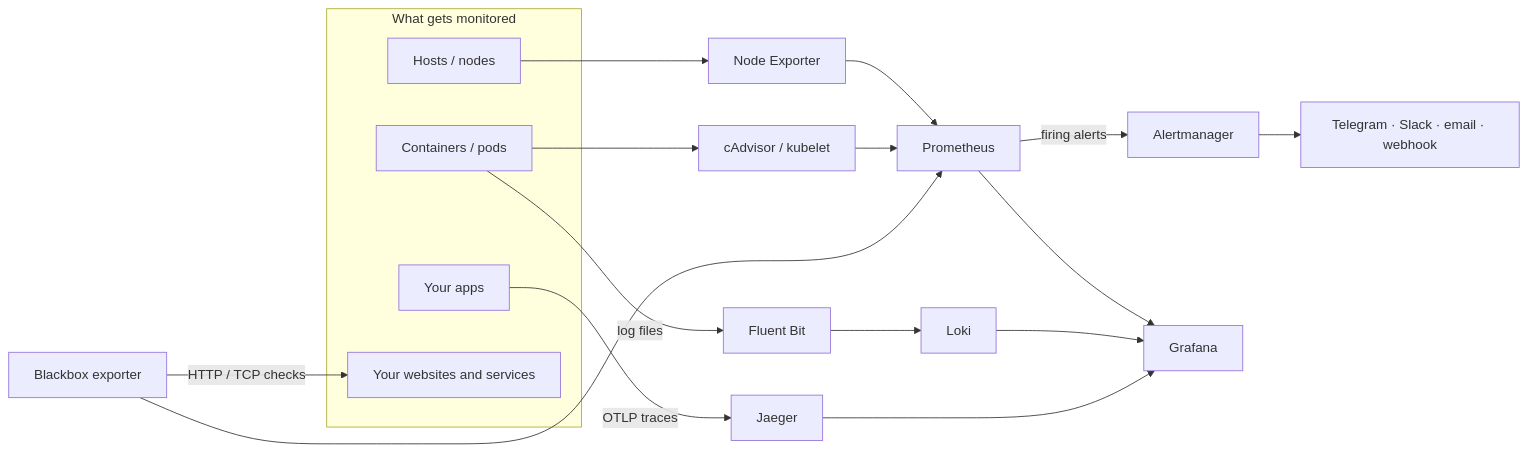
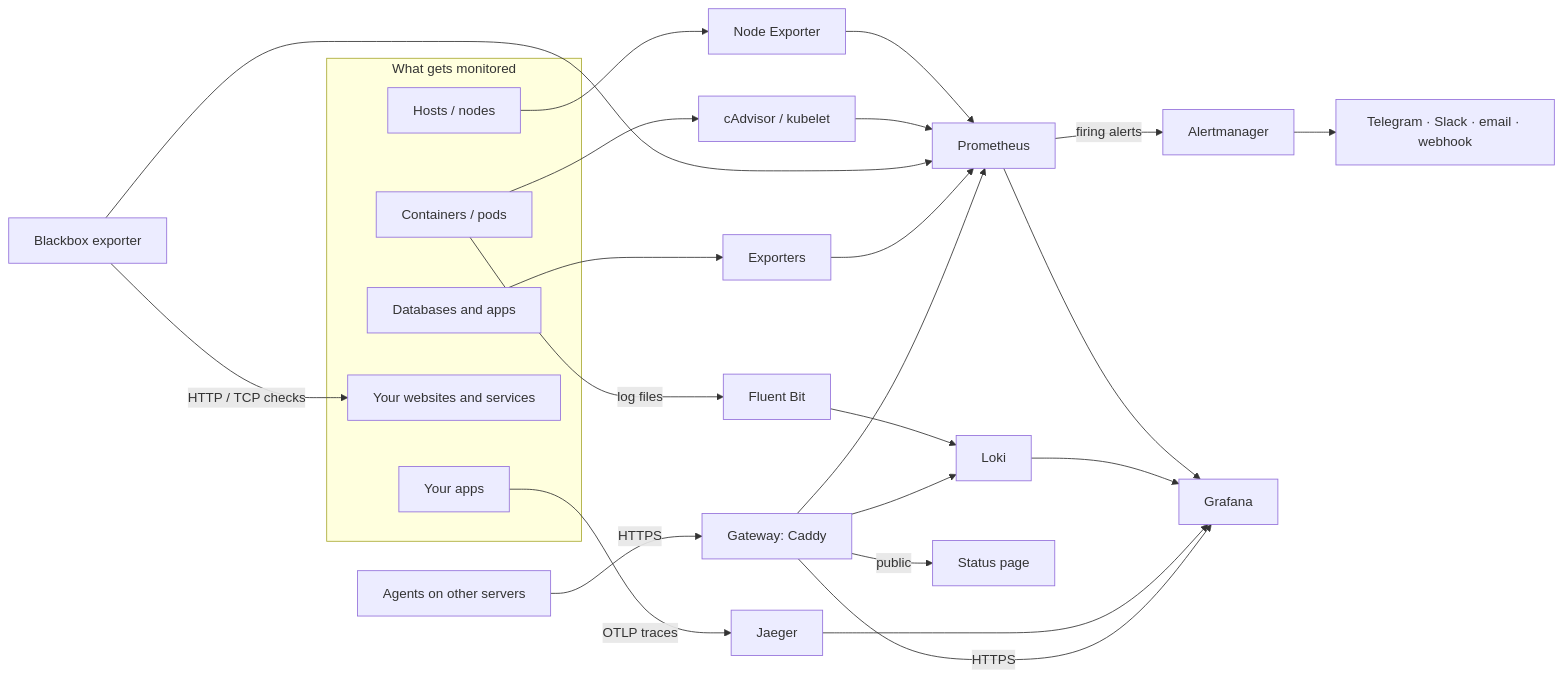
One commit to OcheOps/Infra-Monitor changed the diagram in README.md. Above: the diagram before and after it, drawn with Mermaid. The commit also changed other lines of this file and 18 other files, not shown here.

````diff
--- a/README.md
+++ b/README.md
@@ -74,22 +106,29 @@
 ```mermaid
 flowchart LR
   subgraph sources[What gets monitored]
     host[Hosts / nodes]
     ctr[Containers / pods]
     app[Your apps]
     urls[Your websites and services]
+    db[Databases and apps]
   end
 
   host --> ne[Node Exporter]
   ctr --> cad[cAdvisor / kubelet]
   ctr -- log files --> fb[Fluent Bit]
   app -- OTLP traces --> jaeger[Jaeger]
   bb[Blackbox exporter] -- HTTP / TCP checks --> urls
+  db --> exp[Exporters]
 
-  ne & cad & bb --> prom[Prometheus]
+  ne & cad & bb & exp --> prom[Prometheus]
   fb --> loki[Loki]
   prom -- firing alerts --> am[Alertmanager]
   am --> ch[Telegram · Slack · email · webhook]
 
   prom & loki & jaeger --> grafana[Grafana]
+
+  agents[Agents on other servers] -- HTTPS --> gw[Gateway: Caddy]
+  gw --> prom & loki
+  gw -- HTTPS --> grafana
+  gw -- public --> status[Status page]
 ```
````
